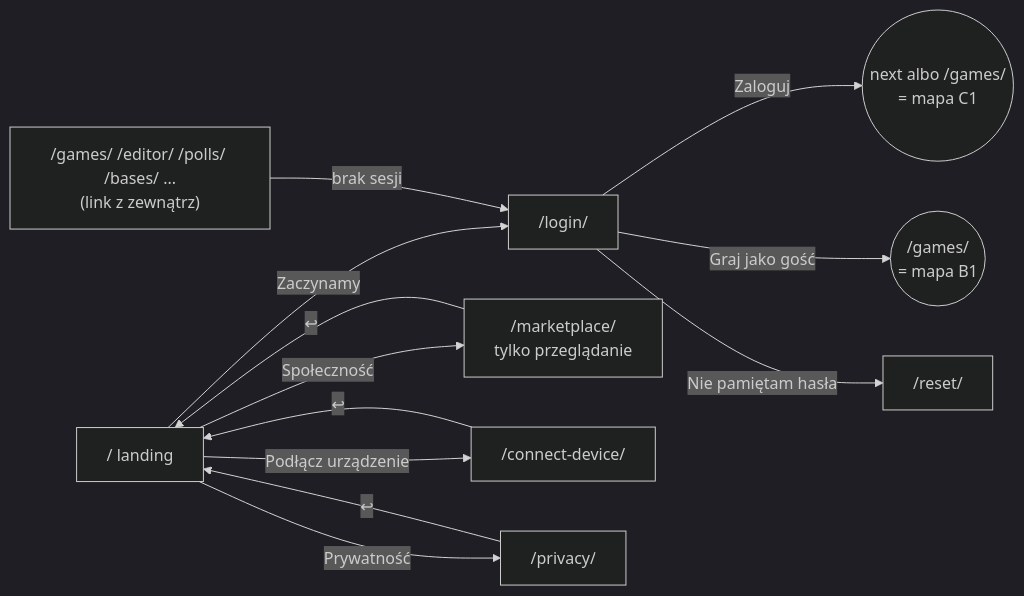
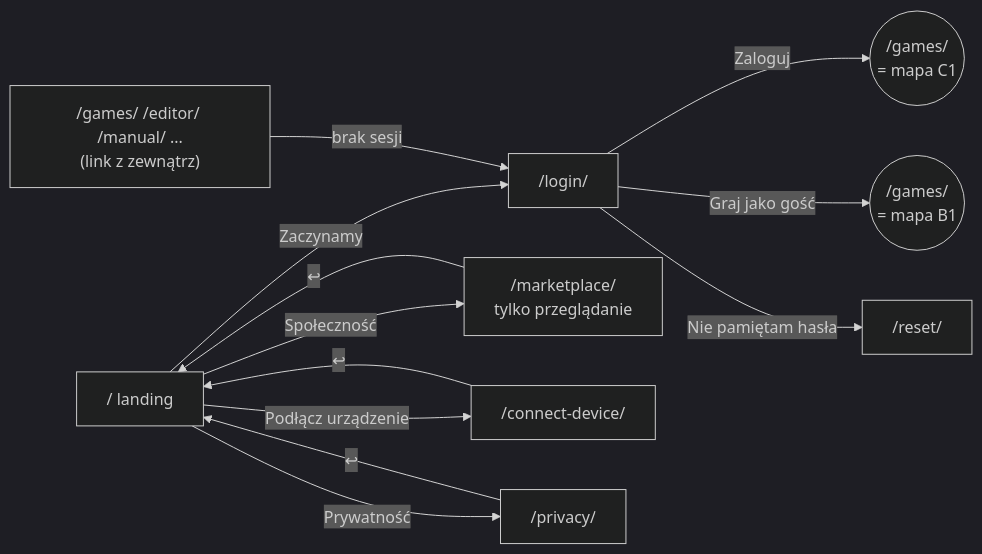
Before and after one commit to Andrish97/familiada: the first of 3 diagrams in docs/nawigacja-mapa-plan.md, drawn with Mermaid (dark theme). The commit also changed other lines of this file, not shown here.

First line of the commit message:
Mapa nawigacji: decyzje (gość → games, instrukcja tylko po zalogowaniu, login → games, Wstecz łańcuchem po dozwolonej ścieżce)

````diff
--- a/docs/nawigacja-mapa-plan.md
+++ b/docs/nawigacja-mapa-plan.md
@@ -151,15 +174,15 @@
 ```mermaid
 flowchart LR
   home["/ landing"]
   home -->|Zaczynamy| login["/login/"]
   home -->|Społeczność| market["/marketplace/<br/>tylko przeglądanie"]
   home -->|Podłącz urządzenie| cd["/connect-device/"]
   home -->|Prywatność| privacy["/privacy/"]
-  login -->|Zaloguj| next(("next albo /games/<br/>= mapa C1"))
+  login -->|Zaloguj| afterLogin(("/games/<br/>= mapa C1"))
   login -->|Graj jako gość| guest(("/games/<br/>= mapa B1"))
   login -->|Nie pamiętam hasła| reset["/reset/"]
   market -->|↩| home
   cd -->|↩| home
   privacy -->|↩| home
-  locked["/games/ /editor/ /polls/ /bases/ ...<br/>(link z zewnątrz)"] -->|brak sesji| login
+  locked["/games/ /editor/ /manual/ ...<br/>(link z zewnątrz)"] -->|brak sesji| login
 ```
````
